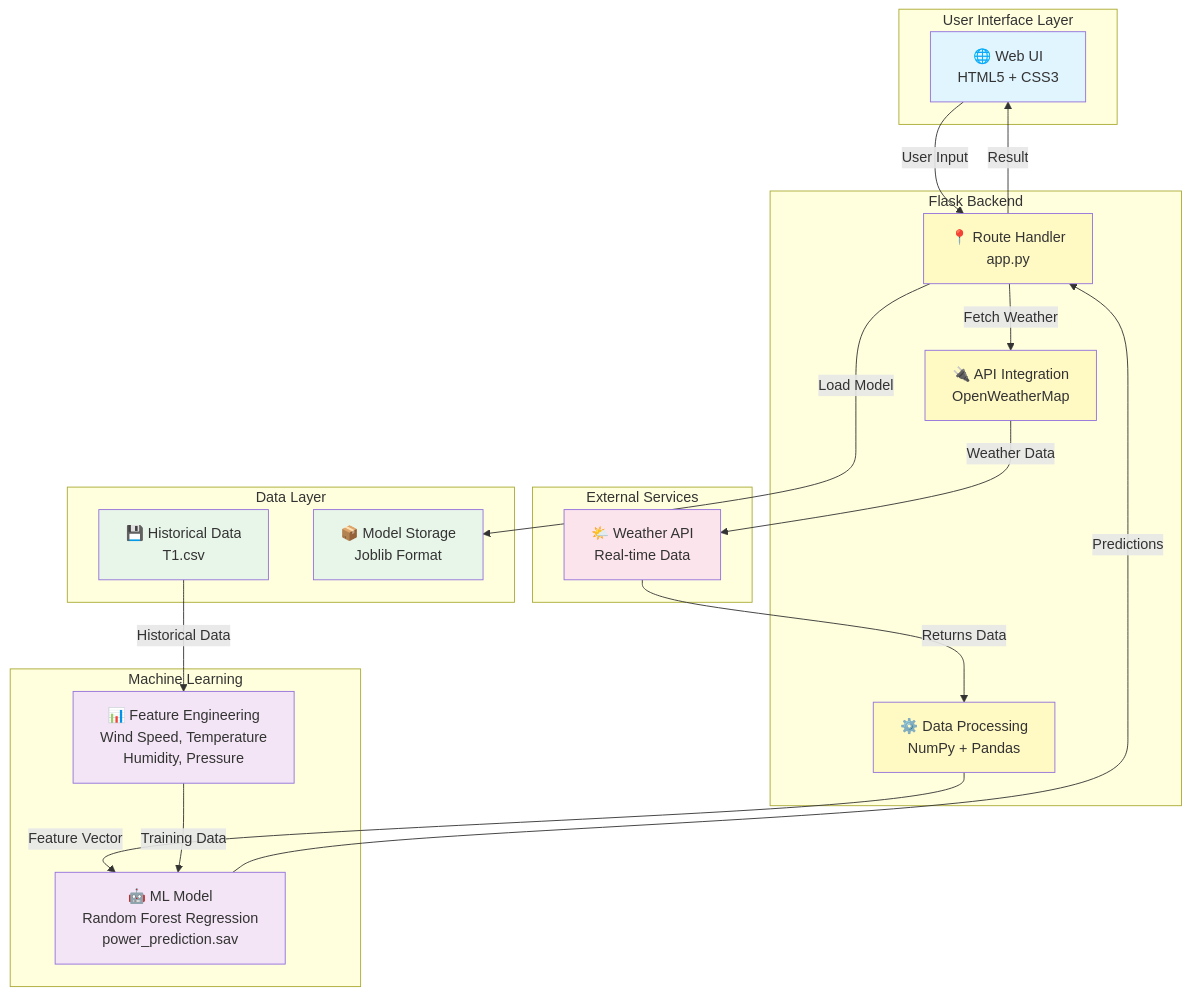
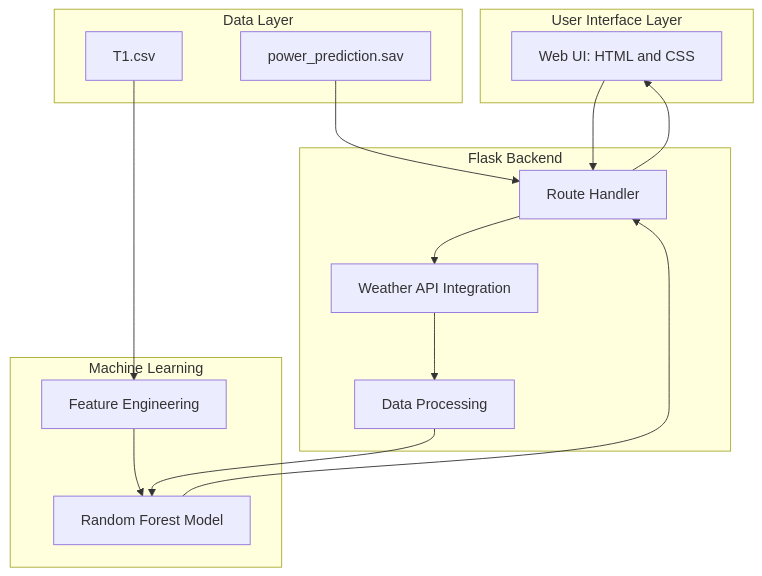
The second of 5 diagrams in README.md (OrbitCoder-Store/Weather-Based-Prediction-of-Wind-Turbine-Energy-Output), drawn with Mermaid before and after one commit. The commit also changed other lines of this file and 4 other files, not shown here.

Commit message:
Fix Mermaid diagram rendering compatibility in README

````diff
--- a/README.md
+++ b/README.md
@@ -117,47 +108,29 @@
 ```mermaid
-graph TB
-    subgraph "User Interface Layer"
-        UI["🌐 Web UI<br/>HTML5 + CSS3"]
+flowchart TB
+    subgraph UI_LAYER[User Interface Layer]
+        UI[Web UI: HTML and CSS]
     end
-    
-    subgraph "Flask Backend"
-        ROUTE["📍 Route Handler<br/>app.py"]
-        API["🔌 API Integration<br/>OpenWeatherMap"]
-        PROCESSING["⚙️ Data Processing<br/>NumPy + Pandas"]
+    subgraph BACKEND[Flask Backend]
+        ROUTE[Route Handler]
+        API[Weather API Integration]
+        PROCESS[Data Processing]
     end
-    
-    subgraph "Machine Learning"
-        MODEL["🤖 ML Model<br/>Random Forest Regression<br/>power_prediction.sav"]
-        FEATURES["📊 Feature Engineering<br/>Wind Speed, Temperature<br/>Humidity, Pressure"]
+    subgraph ML_LAYER[Machine Learning]
+        MODEL[Random Forest Model]
+        FEAT[Feature Engineering]
     end
-    
-    subgraph "Data Layer"
-        CSV["💾 Historical Data<br/>T1.csv"]
-        JOBLIB["📦 Model Storage<br/>Joblib Format"]
+    subgraph DATA_LAYER[Data Layer]
+        CSV[T1.csv]
+        MODEL_FILE[power_prediction.sav]
     end
-    
-    subgraph "External Services"
-        WEATHER["🌤️ Weather API<br/>Real-time Data"]
-    end
-    
-    UI -->|User Input| ROUTE
-    ROUTE -->|Fetch Weather| API
-    API -->|Weather Data| WEATHER
-    WEATHER -->|Returns Data| PROCESSING
-    PROCESSING -->|Feature Vector| MODEL
-    FEATURES -->|Training Data| MODEL
-    CSV -->|Historical Data| FEATURES
-    MODEL -->|Predictions| ROUTE
-    ROUTE -->|Result| UI
-    ROUTE -->|Load Model| JOBLIB
-    
-    style UI fill:#E1F5FF
-    style ROUTE fill:#FFF9C4
-    style API fill:#FFF9C4
-    style PROCESSING fill:#FFF9C4
-    style MODEL fill:#F3E5F5
-    style FEATURES fill:#F3E5F5
-    style CSV fill:#E8F5E9
-    style JOBLIB fill:#E8F5E9
-    style WEATHER fill:#FCE4EC
+
+    UI --> ROUTE
+    ROUTE --> API
+    API --> PROCESS
+    PROCESS --> MODEL
+    CSV --> FEAT
+    FEAT --> MODEL
+    MODEL --> ROUTE
+    MODEL_FILE --> ROUTE
+    ROUTE --> UI
 ```
````
